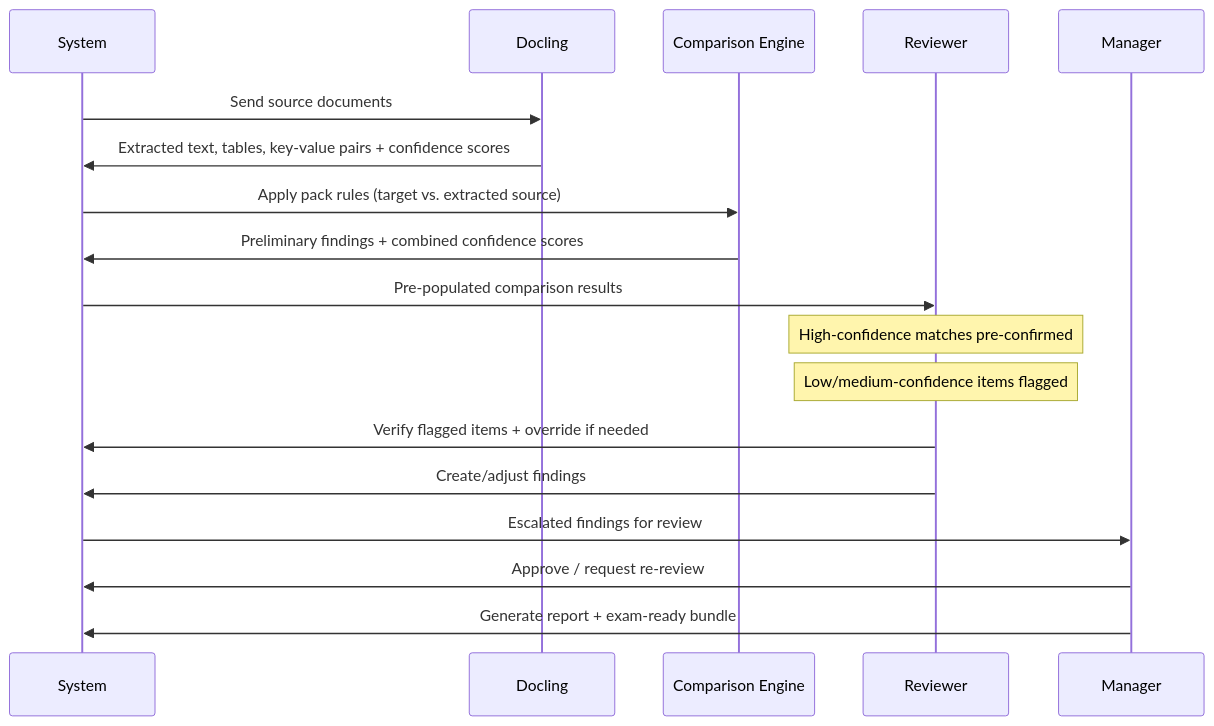
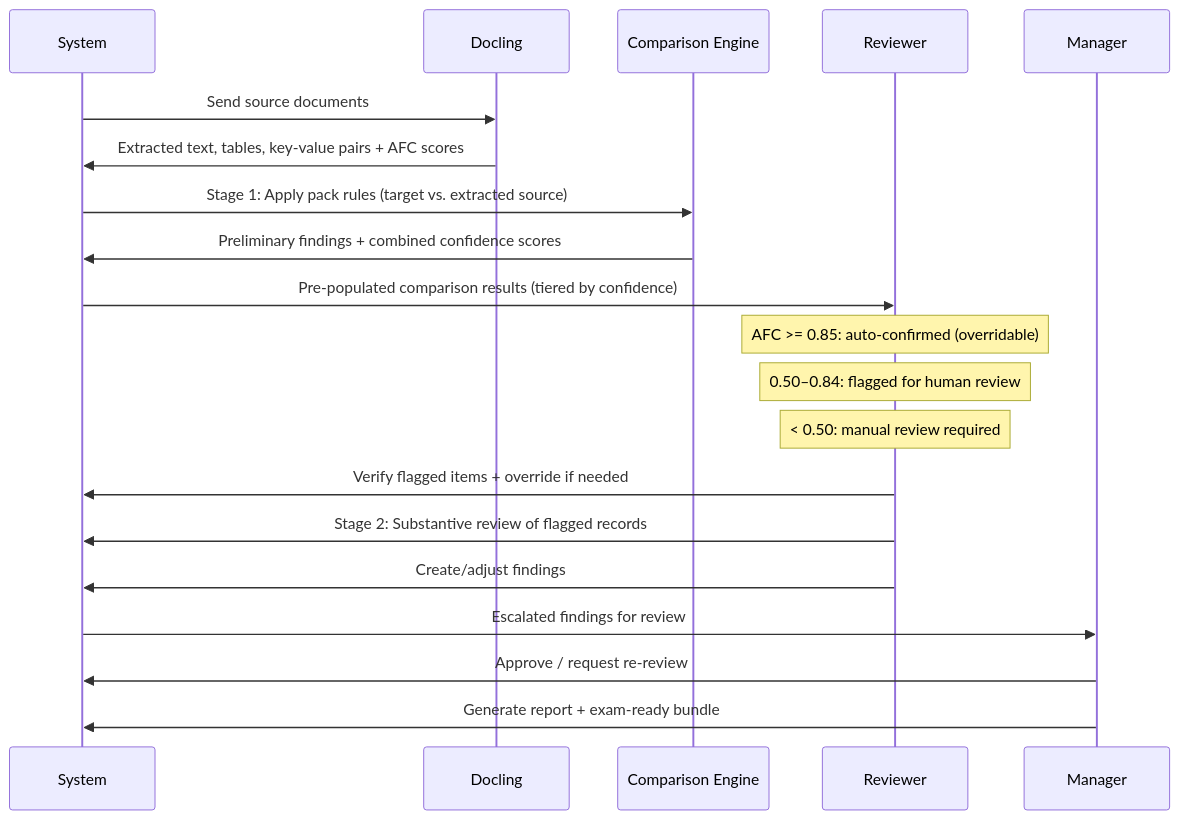
Before and after one commit to epieczko-re/audit-iq-docs: the third of 8 diagrams in src/docs/asciidoc/auditiq-product-architecture-delivery-plan/concept-of-operations/index.adoc, drawn with Mermaid. The commit also changed other lines of this file and 1 other file, not shown here.

```diff
--- a/src/docs/asciidoc/auditiq-product-architecture-delivery-plan/concept-of-operations/index.adoc
+++ b/src/docs/asciidoc/auditiq-product-architecture-delivery-plan/concept-of-operations/index.adoc
@@ -85,22 +161,24 @@
 [mermaid]
 ----
 sequenceDiagram
   participant System
   participant Docling
   participant CompEngine as Comparison Engine
   participant Reviewer
   participant Manager
 
   System->>Docling: Send source documents
-  Docling->>System: Extracted text, tables, key-value pairs + confidence scores
-  System->>CompEngine: Apply pack rules (target vs. extracted source)
+  Docling->>System: Extracted text, tables, key-value pairs + AFC scores
+  System->>CompEngine: Stage 1: Apply pack rules (target vs. extracted source)
   CompEngine->>System: Preliminary findings + combined confidence scores
-  System->>Reviewer: Pre-populated comparison results
-  Note over Reviewer: High-confidence matches pre-confirmed
-  Note over Reviewer: Low/medium-confidence items flagged
+  System->>Reviewer: Pre-populated comparison results (tiered by confidence)
+  Note over Reviewer: AFC >= 0.85: auto-confirmed (overridable)
+  Note over Reviewer: 0.50–0.84: flagged for human review
+  Note over Reviewer: < 0.50: manual review required
   Reviewer->>System: Verify flagged items + override if needed
+  Reviewer->>System: Stage 2: Substantive review of flagged records
   Reviewer->>System: Create/adjust findings
   System->>Manager: Escalated findings for review
   Manager->>System: Approve / request re-review
   Manager->>System: Generate report + exam-ready bundle
 ----
```
